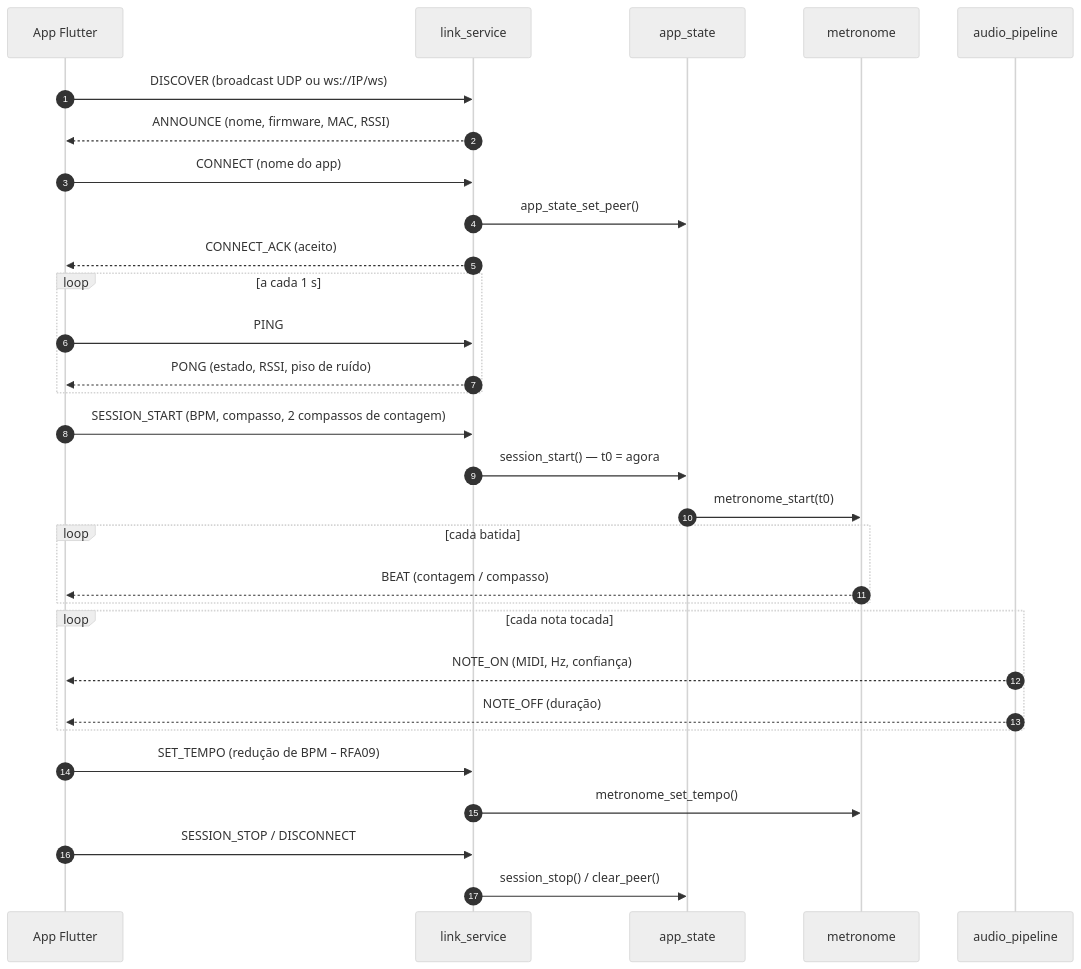
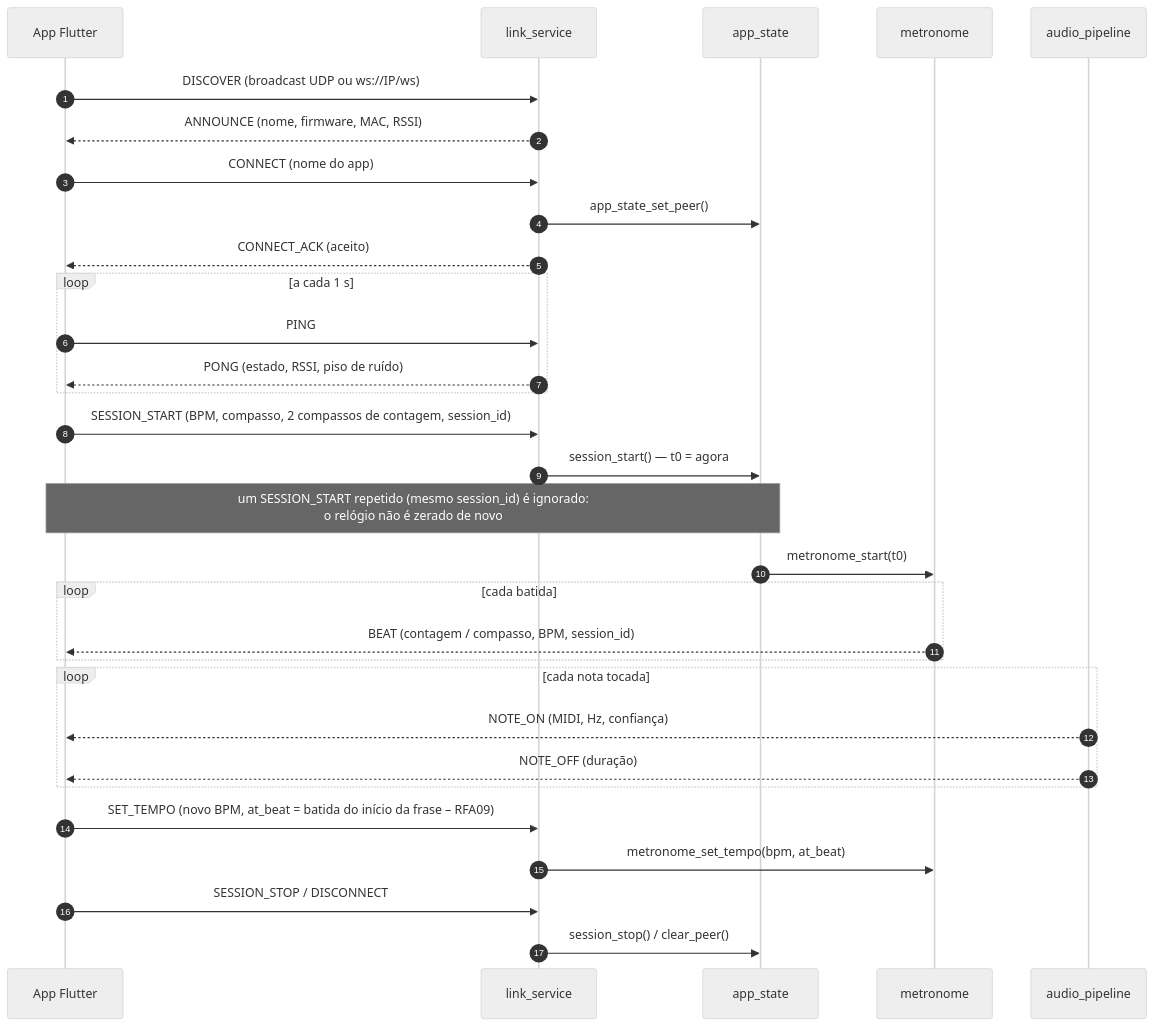
One commit to noggyamamoto/firmware_I2S changed the ninth of 9 diagrams in README.md. Above: the diagram before and after it, drawn with Mermaid (neutral theme). The commit also changed other lines of this file and 28 other files, not shown here.

````diff
--- a/README.md
+++ b/README.md
@@ -543,33 +586,34 @@
 ```mermaid
 sequenceDiagram
     autonumber
     participant App as App Flutter
     participant Servico as link_service
     participant State as app_state
     participant Metro as metronome
     participant Audio as audio_pipeline
 
     App->>Servico: DISCOVER (broadcast UDP ou ws://IP/ws)
     Servico-->>App: ANNOUNCE (nome, firmware, MAC, RSSI)
     App->>Servico: CONNECT (nome do app)
     Servico->>State: app_state_set_peer()
     Servico-->>App: CONNECT_ACK (aceito)
     loop a cada 1 s
         App->>Servico: PING
         Servico-->>App: PONG (estado, RSSI, piso de ruído)
     end
-    App->>Servico: SESSION_START (BPM, compasso, 2 compassos de contagem)
+    App->>Servico: SESSION_START (BPM, compasso, 2 compassos de contagem, session_id)
     Servico->>State: session_start() — t0 = agora
+    Note over App,State: um SESSION_START repetido (mesmo session_id) é ignorado:<br/>o relógio não é zerado de novo
     State->>Metro: metronome_start(t0)
     loop cada batida
-        Metro-->>App: BEAT (contagem / compasso)
+        Metro-->>App: BEAT (contagem / compasso, BPM, session_id)
     end
     loop cada nota tocada
         Audio-->>App: NOTE_ON (MIDI, Hz, confiança)
         Audio-->>App: NOTE_OFF (duração)
     end
-    App->>Servico: SET_TEMPO (redução de BPM – RFA09)
-    Servico->>Metro: metronome_set_tempo()
+    App->>Servico: SET_TEMPO (novo BPM, at_beat = batida do início da frase – RFA09)
+    Servico->>Metro: metronome_set_tempo(bpm, at_beat)
     App->>Servico: SESSION_STOP / DISCONNECT
     Servico->>State: session_stop() / clear_peer()
 ```
````
